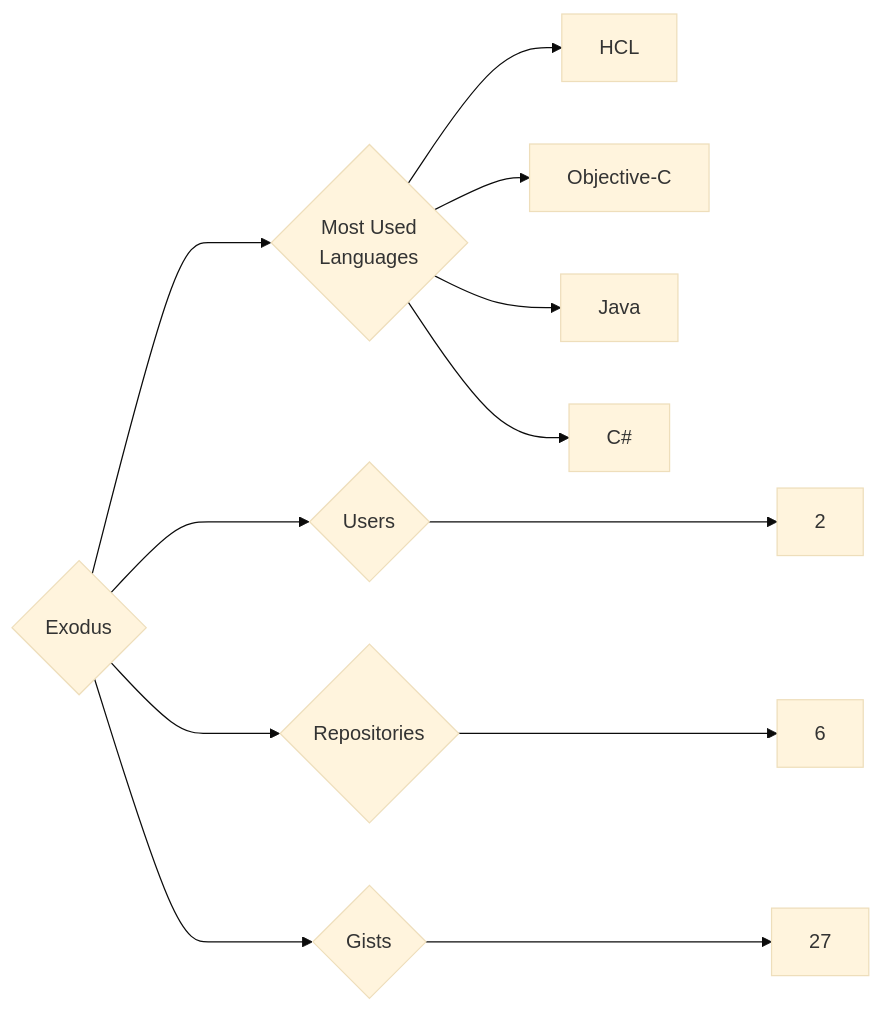
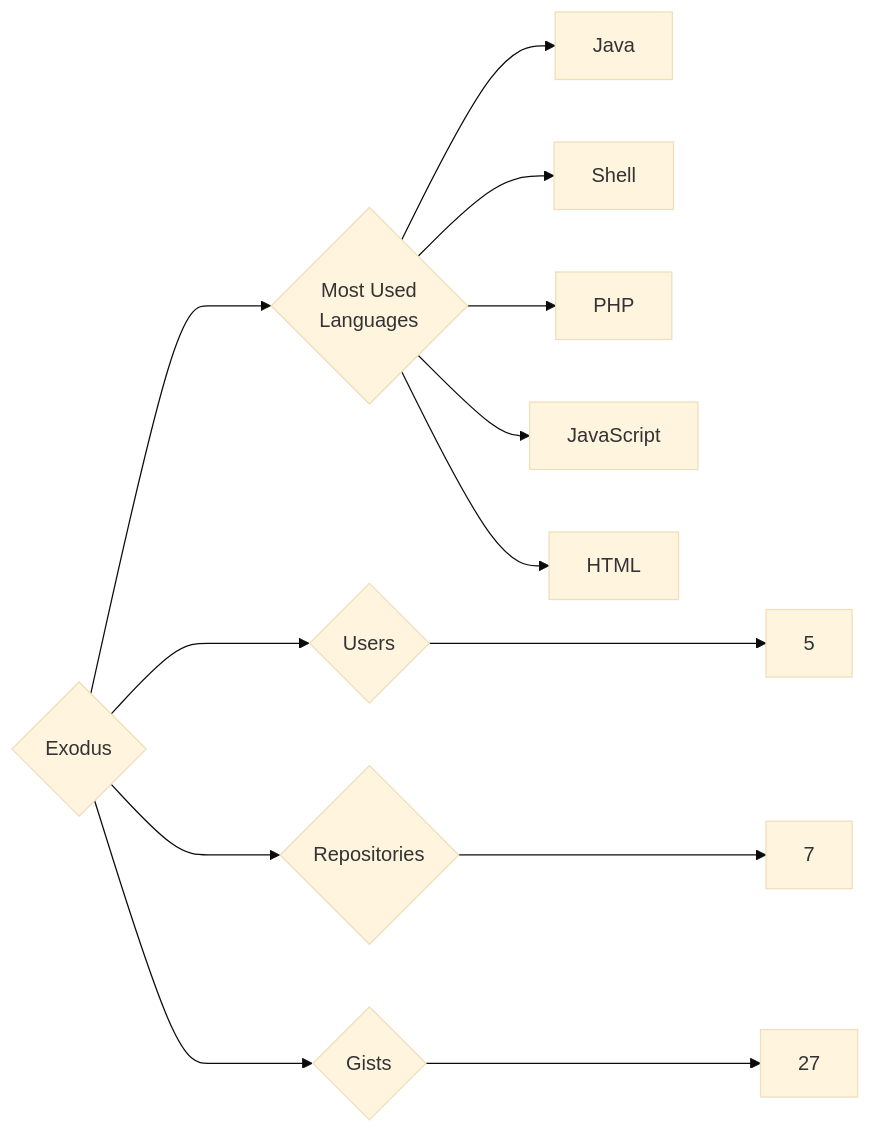
One commit to trickest/insiders changed the diagram in targets/Exodus/README.md. Above: the diagram before and after it, drawn with Mermaid (base theme). The commit also changed 1314 other files, not shown here.

````diff
--- a/targets/Exodus/README.md
+++ b/targets/Exodus/README.md
@@ -3,12 +3,13 @@
 ```mermaid
 graph LR
 COMPANY_NAME{Exodus}
-COMPANY_NAME ---> U{Users} ---> UN[2]
-COMPANY_NAME ---> R{Repositories} ---> RN[6]
+COMPANY_NAME ---> U{Users} ---> UN[5]
+COMPANY_NAME ---> R{Repositories} ---> RN[7]
 COMPANY_NAME ---> G{Gists} ---> GN[27]
 COMPANY_NAME ---> ML{Most Used<br>Languages}
-ML --> HCL[HCL]
-ML --> Objective-C[Objective-C]
 ML --> Java[Java]
-ML --> C#[C#]
+ML --> Shell[Shell]
+ML --> PHP[PHP]
+ML --> JavaScript[JavaScript]
+ML --> HTML[HTML]
 ```
````
